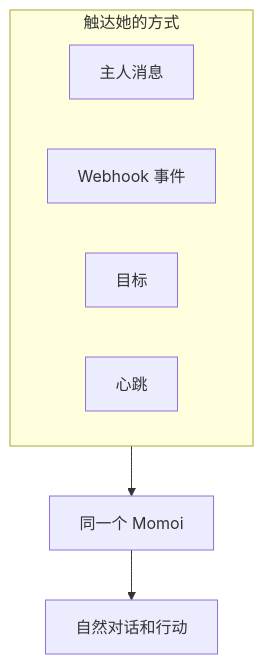
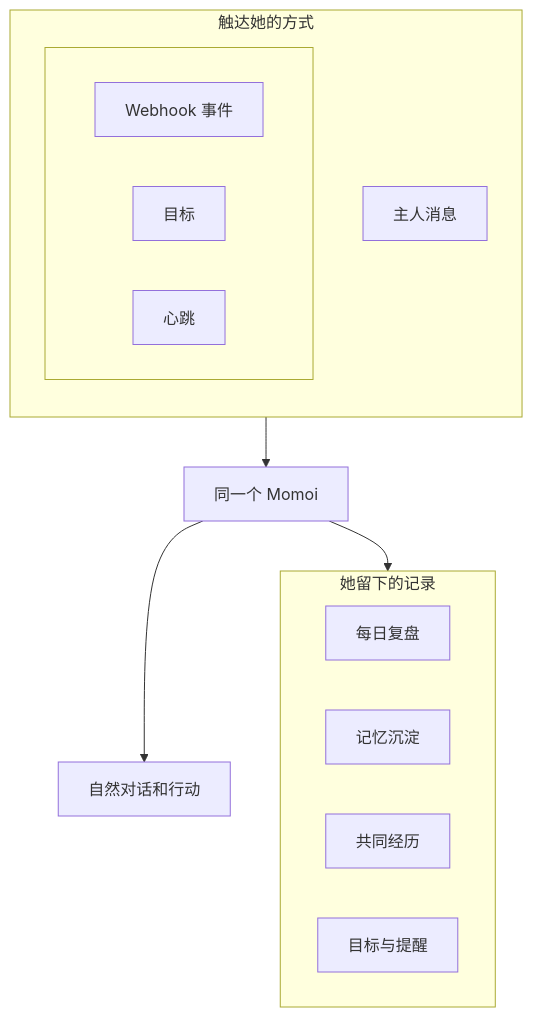
Before and after one commit to RicterZ/Momoi: the first of 2 diagrams in README.zh-CN.md, drawn with Mermaid. The commit also changed other lines of this file and 1 other file, not shown here.

````diff
--- a/README.zh-CN.md
+++ b/README.zh-CN.md
@@ -26,13 +26,25 @@
 ```mermaid
 flowchart TB
   subgraph reach["触达她的方式"]
-    direction LR
+    direction TB
     owner["主人消息"]
-    events["Webhook 事件"]
-    goal["目标"]
-    heartbeat["心跳"]
+    subgraph also[" "]
+      direction LR
+      events["Webhook 事件"]
+      goal["目标"]
+      heartbeat["心跳"]
+    end
   end
   momoi["同一个 Momoi"]
   out["自然对话和行动"]
-  reach --> momoi --> out
+  subgraph keep["她留下的记录"]
+    direction LR
+    reflection["每日复盘"]
+    memory["记忆沉淀"]
+    history["共同经历"]
+    agenda["目标与提醒"]
+  end
+  reach --> momoi
+  momoi --> out
+  momoi --> keep
 ```
````
